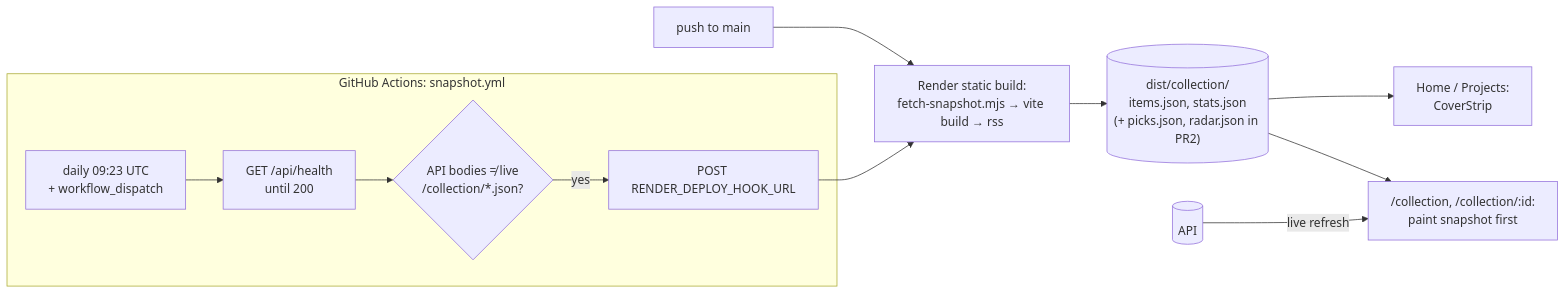
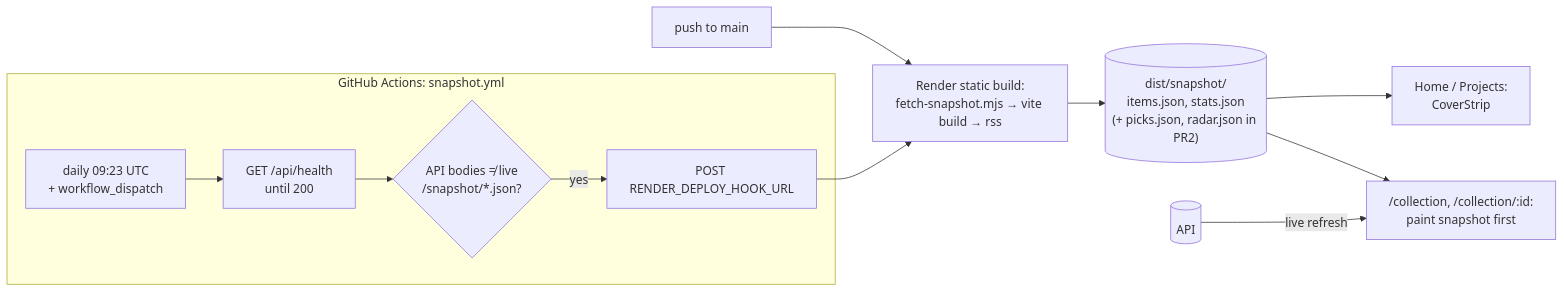
The diagram in docs/planning/2026-09-28-tracker-showcase-design.md (joeyh92989/joey-haas.dev), drawn with Mermaid before and after one commit. The commit also changed other lines of this file and 1 other file, not shown here.

First line of the commit message:
docs(tracker): move the snapshot to /snapshot/ in the showcase spec and plan

````diff
--- a/docs/planning/2026-09-28-tracker-showcase-design.md
+++ b/docs/planning/2026-09-28-tracker-showcase-design.md
@@ -81,14 +81,14 @@
 ```mermaid
 flowchart LR
   subgraph GH["GitHub Actions: snapshot.yml"]
     cron["daily 09:23 UTC<br/>+ workflow_dispatch"] --> wake["GET /api/health<br/>until 200"]
-    wake --> diff{"API bodies ≠ live<br/>/collection/*.json?"}
+    wake --> diff{"API bodies ≠ live<br/>/snapshot/*.json?"}
     diff -- yes --> hook["POST RENDER_DEPLOY_HOOK_URL"]
   end
   push["push to main"] --> build
   hook --> build["Render static build:<br/>fetch-snapshot.mjs → vite build → rss"]
-  build --> files[("dist/collection/<br/>items.json, stats.json<br/>(+ picks.json, radar.json in PR2)")]
+  build --> files[("dist/snapshot/<br/>items.json, stats.json<br/>(+ picks.json, radar.json in PR2)")]
   files --> home["Home / Projects:<br/>CoverStrip"]
   files --> coll["/collection, /collection/:id:<br/>paint snapshot first"]
   api[(API)] -->|live refresh| coll
 ```
````
